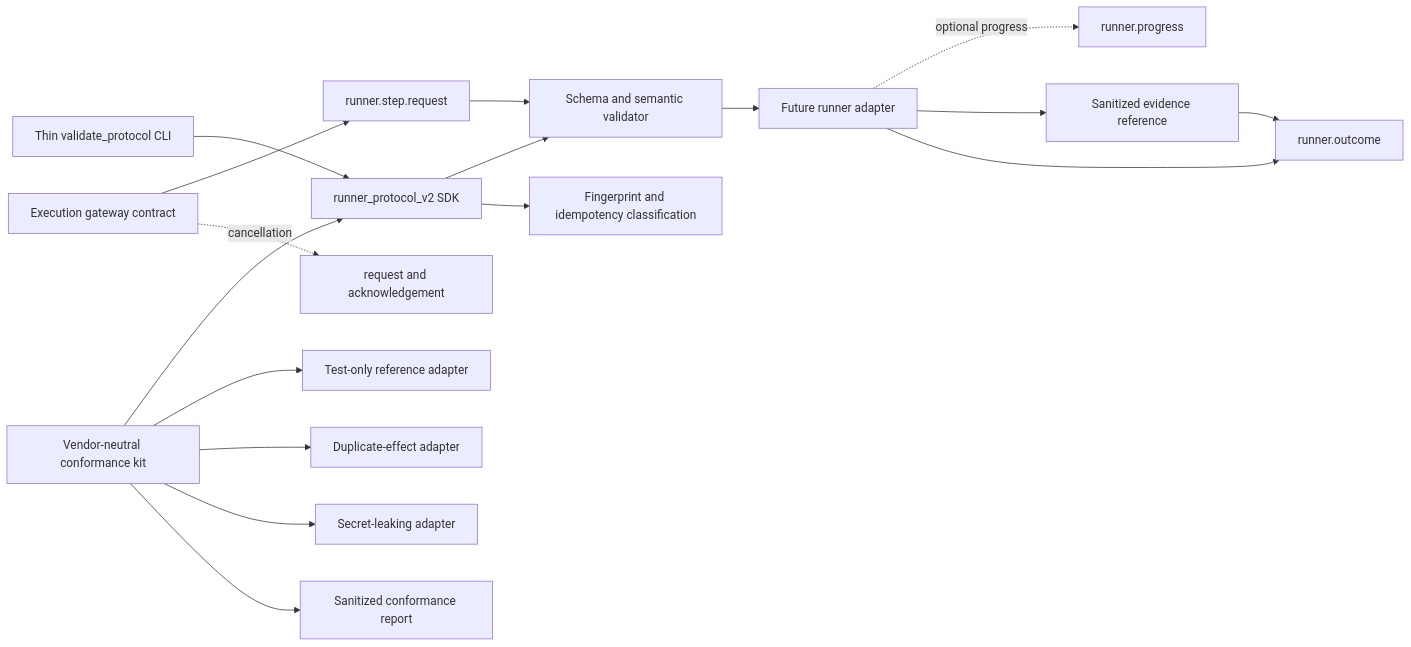
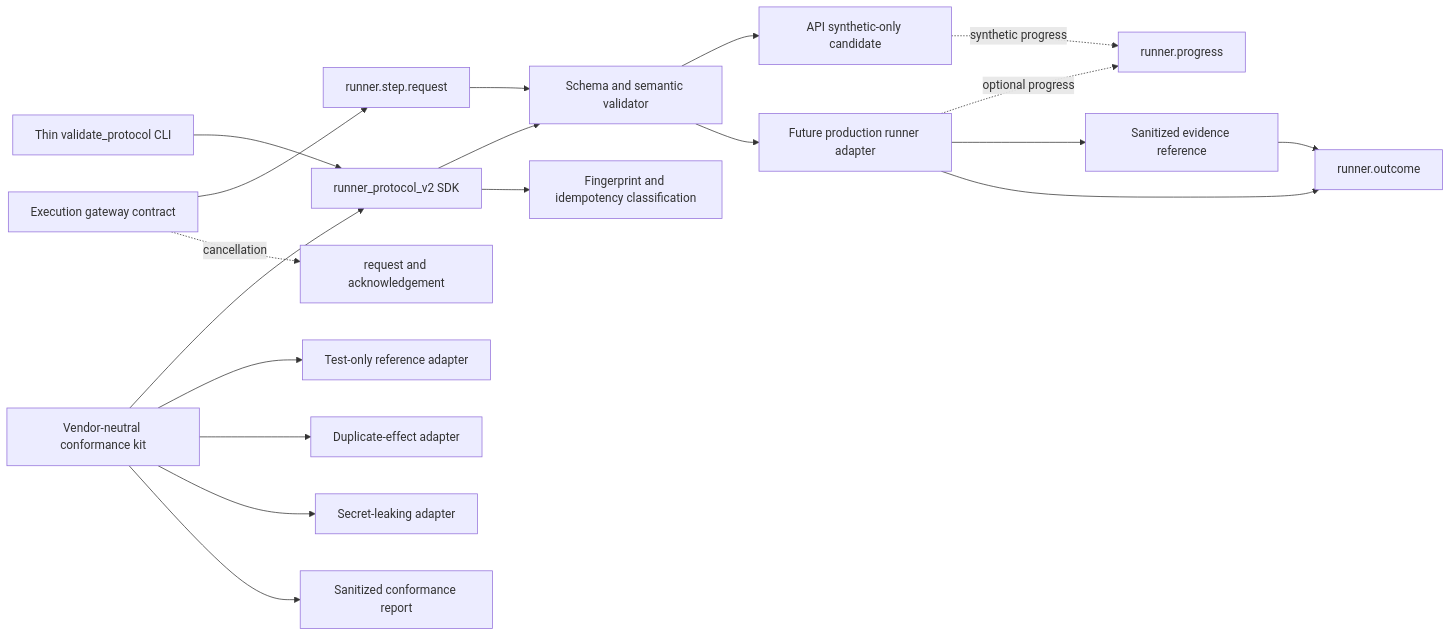
The second of 2 diagrams in docs/roadmap/epics/EPIC-05-runner-protocol-v2.md (pestoura/hermes-security-labs), drawn with Mermaid before and after one commit. The commit also changed other lines of this file and 4 other files, not shown here.

Commit message:
docs(epic-05): record API candidate as-built

````diff
--- a/docs/roadmap/epics/EPIC-05-runner-protocol-v2.md
+++ b/docs/roadmap/epics/EPIC-05-runner-protocol-v2.md
@@ -316,19 +320,21 @@
 ```mermaid
 flowchart LR
   SDK[runner_protocol_v2 SDK] --> VAL[Schema and semantic validator]
   SDK --> IDEM[Fingerprint and idempotency classification]
   CLI[Thin validate_protocol CLI] --> SDK
   KIT[Vendor-neutral conformance kit] --> SDK
   GW[Execution gateway contract] --> REQ[runner.step.request]
   REQ --> VAL
-  VAL --> RUN[Future runner adapter]
-  RUN -. optional progress .-> PROG[runner.progress]
+  VAL --> API[API synthetic-only candidate]
+  VAL --> RUN[Future production runner adapter]
+  API -. synthetic progress .-> PROG[runner.progress]
+  RUN -. optional progress .-> PROG
   GW -. cancellation .-> CANCEL[request and acknowledgement]
   RUN --> EV[Sanitized evidence reference]
   RUN --> OUT[runner.outcome]
   EV --> OUT
   KIT --> REF[Test-only reference adapter]
   KIT --> BAD1[Duplicate-effect adapter]
   KIT --> BAD2[Secret-leaking adapter]
   KIT --> REPORT[Sanitized conformance report]
 ```
````
